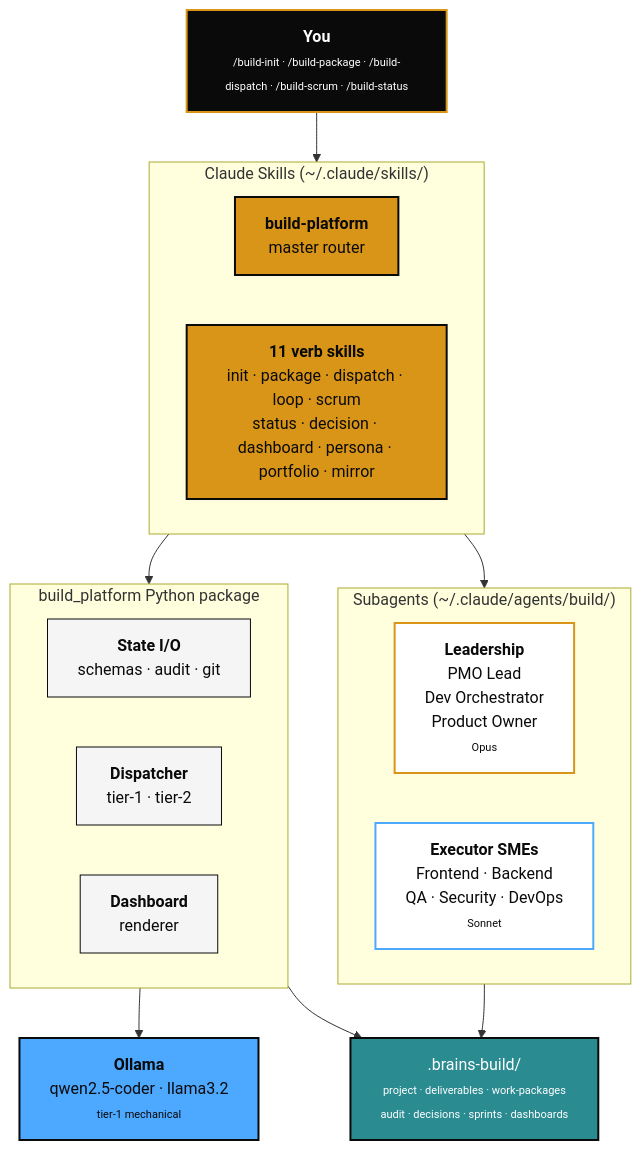
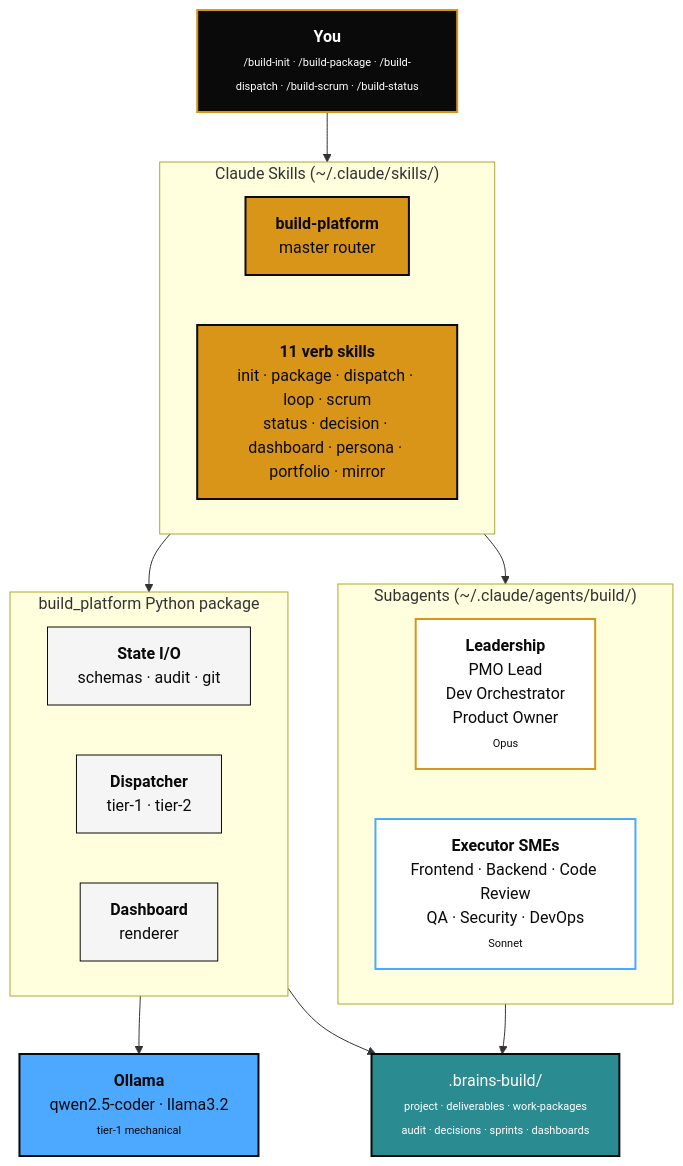
The diagram in README.md (shard-BRAINS/BRAINS-build-platform), drawn with Mermaid before and after one commit. The commit also changed other lines of this file, not shown here.

First line of the commit message:
docs(readme): align persona counts after Code Review SME landing

````diff
--- a/README.md
+++ b/README.md
@@ -41,41 +41,41 @@
 ```mermaid
 flowchart TD
     U["<b>You</b><br/><span style='font-size:11px'>/build-init · /build-package · /build-dispatch · /build-scrum · /build-status</span>"]:::user
 
     subgraph SKILLS["Claude Skills (~/.claude/skills/)"]
       direction LR
       MS["<b>build-platform</b><br/>master router"]:::skill
       VS["<b>11 verb skills</b><br/>init · package · dispatch · loop · scrum<br/>status · decision · dashboard · persona · portfolio · mirror"]:::skill
     end
 
     subgraph AGENTS["Subagents (~/.claude/agents/build/)"]
       direction LR
       LEAD["<b>Leadership</b><br/>PMO Lead<br/>Dev Orchestrator<br/>Product Owner<br/><span style='font-size:11px'>Opus</span>"]:::lead
-      SME["<b>Executor SMEs</b><br/>Frontend · Backend<br/>QA · Security · DevOps<br/><span style='font-size:11px'>Sonnet</span>"]:::sme
+      SME["<b>Executor SMEs</b><br/>Frontend · Backend · Code Review<br/>QA · Security · DevOps<br/><span style='font-size:11px'>Sonnet</span>"]:::sme
     end
 
     subgraph PKG["build_platform Python package"]
       direction LR
       STATE["<b>State I/O</b><br/>schemas · audit · git"]:::pkg
       DISP["<b>Dispatcher</b><br/>tier-1 · tier-2"]:::pkg
       DASH["<b>Dashboard</b><br/>renderer"]:::pkg
     end
 
     OLLAMA["<b>Ollama</b><br/>qwen2.5-coder · llama3.2<br/><span style='font-size:11px'>tier-1 mechanical</span>"]:::ollama
     FS[".brains-build/<br/><span style='font-size:11px'>project · deliverables · work-packages<br/>audit · decisions · sprints · dashboards</span>"]:::state
 
     U --> SKILLS
     SKILLS --> PKG
     SKILLS --> AGENTS
     PKG --> OLLAMA
     PKG --> FS
     AGENTS --> FS
 
     classDef user fill:#0A0A0A,stroke:#D99518,stroke-width:2px,color:#FFFFFF
     classDef skill fill:#D99518,stroke:#0A0A0A,stroke-width:2px,color:#0A0A0A
     classDef lead fill:#FFFFFF,stroke:#D99518,stroke-width:2px,color:#0A0A0A
     classDef sme fill:#FFFFFF,stroke:#4DA8FF,stroke-width:2px,color:#0A0A0A
     classDef pkg fill:#F5F5F5,stroke:#0A0A0A,stroke-width:1px,color:#0A0A0A
     classDef ollama fill:#4DA8FF,stroke:#0A0A0A,stroke-width:2px,color:#0A0A0A
     classDef state fill:#2A8B91,stroke:#0A0A0A,stroke-width:2px,color:#FFFFFF
 ```
````
